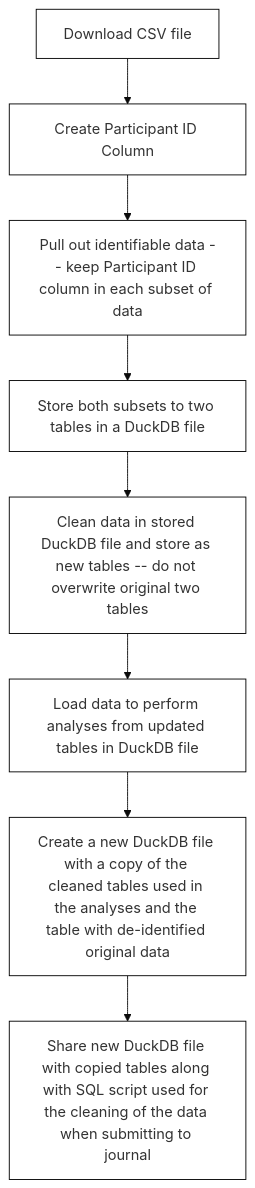
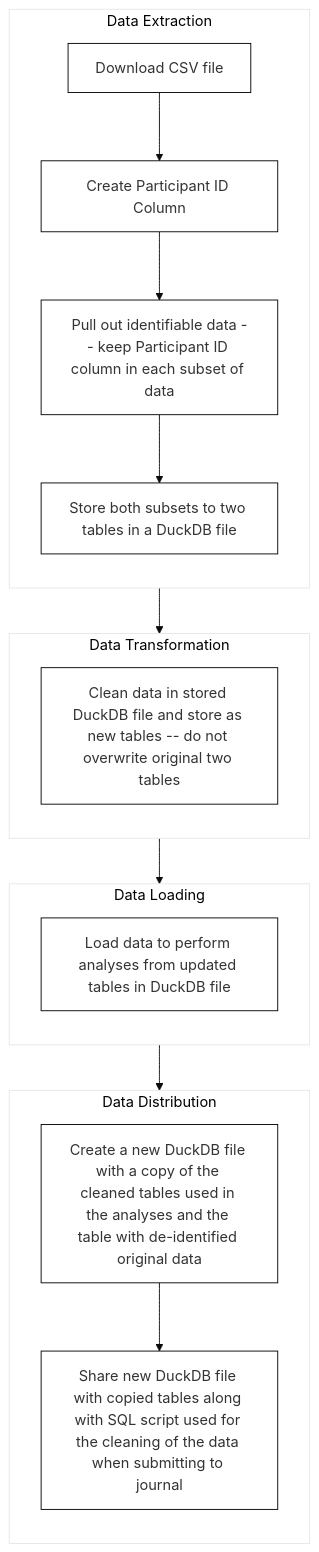
The diagram in assets/_workflow.qmd (DamonCharlesRoberts/data-mgmt-book), drawn with Mermaid before and after one commit. The commit also changed 11 other files, not shown here.

````diff
--- a/assets/_workflow.qmd
+++ b/assets/_workflow.qmd
@@ -4,14 +4,29 @@
 ```{mermaid}
 %%| label: fig-workflow
 %%| fig-cap: A principled workflow for data management
 %%| fig-width: 6.5
 %%{init: {'theme':'base', 'themeVariables':{'primaryColor':'#ffffff', 'primaryBorderColor': '#000000'}}}%%
-graph TD;
-    A[Download CSV file] --> B[Create Participant ID Column]
-    B --> C[Pull out identifiable data -- keep Participant ID column in each subset of data]
-    C --> D[Store both subsets to two tables in a DuckDB file]
-    D --> E[Clean data in stored DuckDB file and store as new tables -- do not overwrite original two tables]
-    E --> F[Load data to perform analyses from updated tables in DuckDB file]
-    F --> G[Create a new DuckDB file with a copy of the cleaned tables used in the analyses and the table with de-identified original data]
-    G --> H[Share new DuckDB file with copied tables along with SQL script used for the cleaning of the data when submitting to journal]
+flowchart TB
+    subgraph s1[Data Extraction]
+        direction TB
+        A[Download CSV file] --> B[Create Participant ID Column]
+        B --> C[Pull out identifiable data -- keep Participant ID column in each subset of data]
+        C --> D[Store both subsets to two tables in a DuckDB file]
+    end
+    subgraph s2[Data Transformation]
+        direction TB
+        E[Clean data in stored DuckDB file and store as new tables -- do not overwrite original two tables]
+    end
+    subgraph s3[Data Loading]
+        direction TB
+        F[Load data to perform analyses from updated tables in DuckDB file]
+    end
+    subgraph s4[Data Distribution]
+        direction TB
+        G[Create a new DuckDB file with a copy of the cleaned tables used in the analyses and the table with de-identified original data]
+        G --> H[Share new DuckDB file with copied tables along with SQL script used for the cleaning of the data when submitting to journal]
+    end
+    s1 --> s2
+    s2 --> s3
+    s3 --> s4
 ```
````
